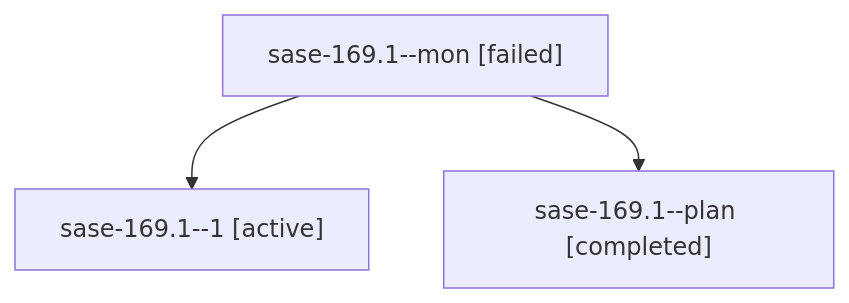
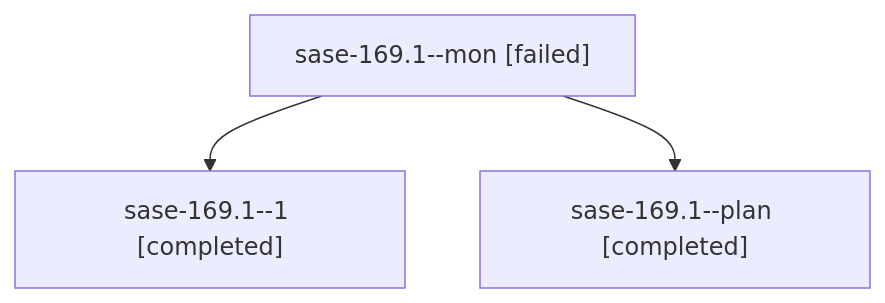
The diagram in families/bbugyi200.apollo.sase-169.1.md (sase-org/sase--agents), drawn with Mermaid before and after one commit. The commit also changed other lines of this file and 15 other files, not shown here.

````diff
--- a/families/bbugyi200.apollo.sase-169.1.md
+++ b/families/bbugyi200.apollo.sase-169.1.md
@@ -9,8 +9,8 @@
 ```mermaid
 flowchart TD
   n0["sase-169.1--mon [failed]"]
-  n1["sase-169.1--1 [active]"]
+  n1["sase-169.1--1 [completed]"]
   n0 --> n1
   n2["sase-169.1--plan [completed]"]
   n0 --> n2
 ```
````
